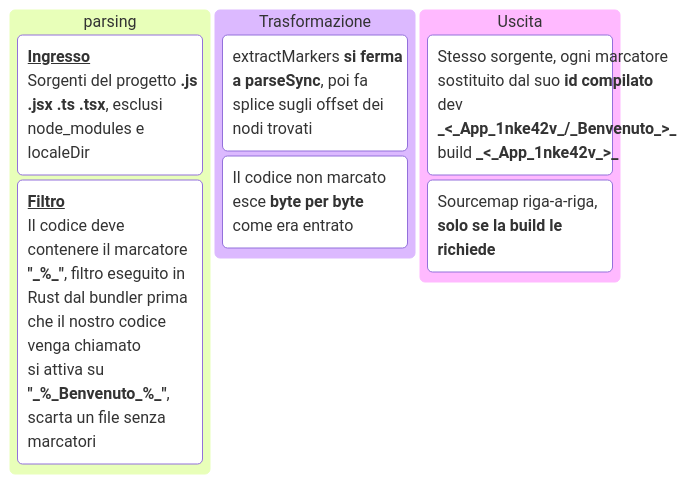
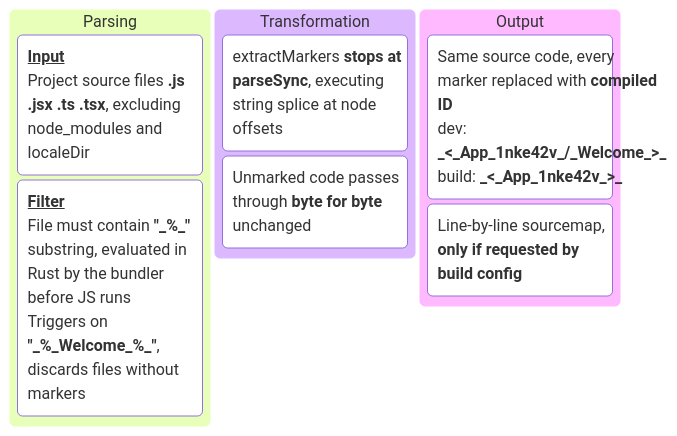
The fourth of 8 diagrams in doc/structure.md (sepoina/viteTranslate), drawn with Mermaid before and after one commit. The commit also changed other lines of this file, not shown here.

````diff
--- a/doc/structure.md
+++ b/doc/structure.md
@@ -264,12 +265,12 @@
 ```mermaid
 kanban
-  in[parsing]
-    i1[<b><u>Ingresso</u></b><br/>Sorgenti del progetto <b>.js .jsx .ts .tsx</b>, esclusi node_modules e localeDir]
-    f1[<b><u>Filtro</u></b><br/>Il codice deve contenere il marcatore <b>"\_%\_"</b>, filtro eseguito in Rust dal bundler prima che il nostro codice venga chiamato<br/>si attiva su <b>"\_%\_Benvenuto\_%\_"</b>, scarta un file senza marcatori]
-  lavoro[Trasformazione]
-    t1[extractMarkers <b>si ferma a parseSync</b>, poi fa splice sugli offset dei nodi trovati]
-    t2[Il codice non marcato esce <b>byte per byte</b> come era entrato]
-  out[Uscita]
-    o1[Stesso sorgente, ogni marcatore sostituito dal suo <b>id compilato</b><br/>dev <b>\_<\_App\_1nke42v\_/\_Benvenuto\_>\_</b><br/>build <b>\_<\_App\_1nke42v\_>\_</b>]
-    o2[Sourcemap riga-a-riga, <b>solo se la build le richiede</b>]
+  in[Parsing]
+    i1[<b><u>Input</u></b><br/>Project source files <b>.js .jsx .ts .tsx</b>, excluding node_modules and localeDir]
+    f1[<b><u>Filter</u></b><br/>File must contain <b>"\_%\_"</b> substring, evaluated in Rust by the bundler before JS runs<br/>Triggers on <b>"\_%\_Welcome\_%\_"</b>, discards files without markers]
+  lavoro[Transformation]
+    t1[extractMarkers <b>stops at parseSync</b>, executing string splice at node offsets]
+    t2[Unmarked code passes through <b>byte for byte</b> unchanged]
+  out[Output]
+    o1[Same source code, every marker replaced with <b>compiled ID</b><br/>dev: <b>\_<\_App\_1nke42v\_/\_Welcome\_>\_</b><br/>build: <b>\_<\_App\_1nke42v\_>\_</b>]
+    o2[Line-by-line sourcemap, <b>only if requested by build config</b>]
 ```
````
